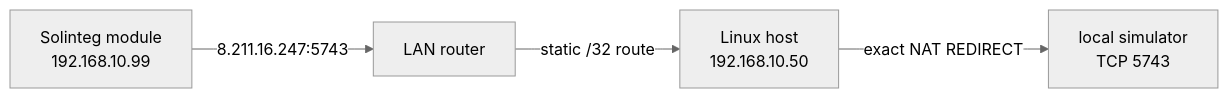
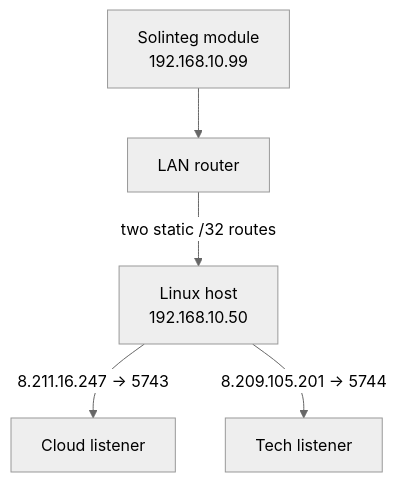
Before and after one commit to sixuniform/YOUEMS: the diagram in solinteg-cloud-simulator/README.md, drawn with Mermaid (neutral theme). The commit also changed other lines of this file and 5 other files, not shown here.

Commit message:
Add isolated Solinteg technical endpoint listener

````diff
--- a/solinteg-cloud-simulator/README.md
+++ b/solinteg-cloud-simulator/README.md
@@ -63,6 +69,7 @@
 ```mermaid
-flowchart LR
-    I["Solinteg module<br>192.168.10.99"] -->|"8.211.16.247:5743"| R["LAN router"]
-    R -->|"static /32 route"| L["Linux host<br>192.168.10.50"]
-    L -->|"exact NAT REDIRECT"| S["local simulator<br>TCP 5743"]
+flowchart TB
+    I["Solinteg module<br>192.168.10.99"] --> R["LAN router"]
+    R -->|"two static /32 routes"| L["Linux host<br>192.168.10.50"]
+    L -->|"8.211.16.247 → 5743"| C["Cloud listener"]
+    L -->|"8.209.105.201 → 5744"| T["Tech listener"]
 ```
````
